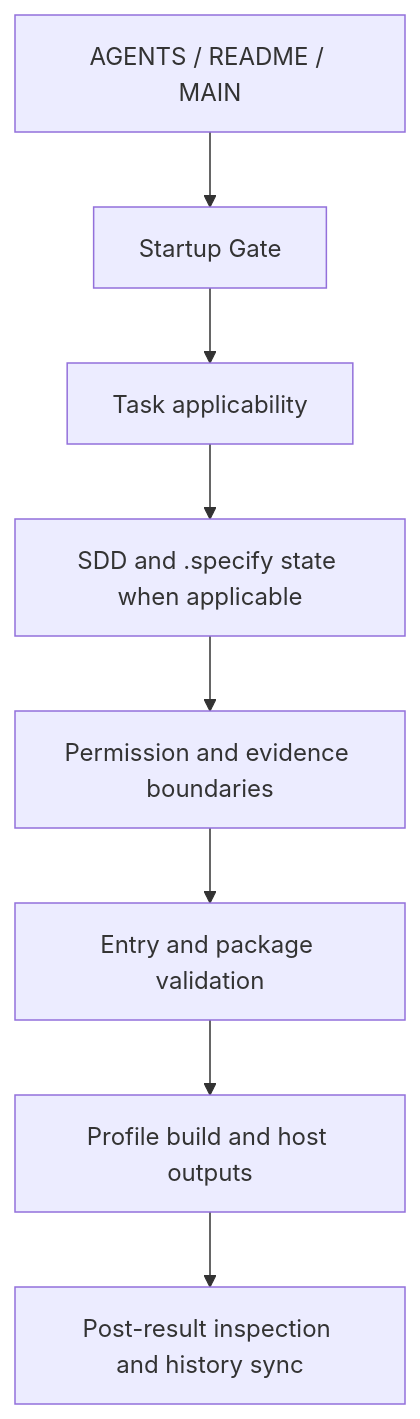
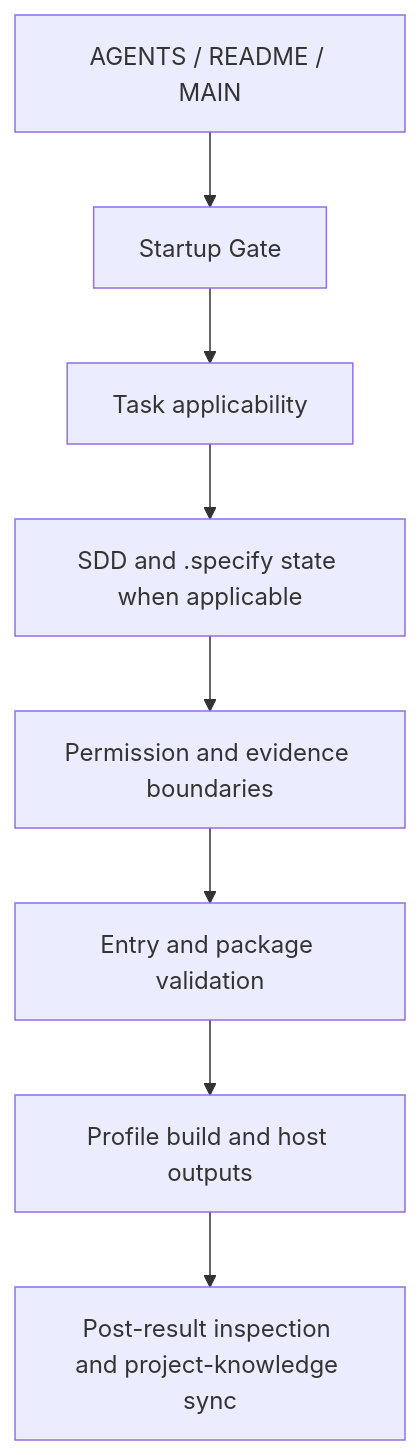
Before and after one commit to UIhoshi/AgentLogic: the second of 2 diagrams in dist/codex/model_instructions.md, drawn with Mermaid. The commit also changed other lines of this file and 31 other files, not shown here.

Commit message:
feat: add project-native knowledge sync

````diff
--- a/dist/codex/model_instructions.md
+++ b/dist/codex/model_instructions.md
@@ -5279,10 +5320,10 @@
 ```mermaid
 graph TD
     Entry[AGENTS / README / MAIN] --> Gate[Startup Gate]
     Gate --> Classify[Task applicability]
     Classify --> Spec[SDD and .specify state when applicable]
     Spec --> Control[Permission and evidence boundaries]
     Control --> Validate[Entry and package validation]
     Validate --> Build[Profile build and host outputs]
-    Build --> Review[Post-result inspection and history sync]
+    Build --> Review[Post-result inspection and project-knowledge sync]
 ```
````
